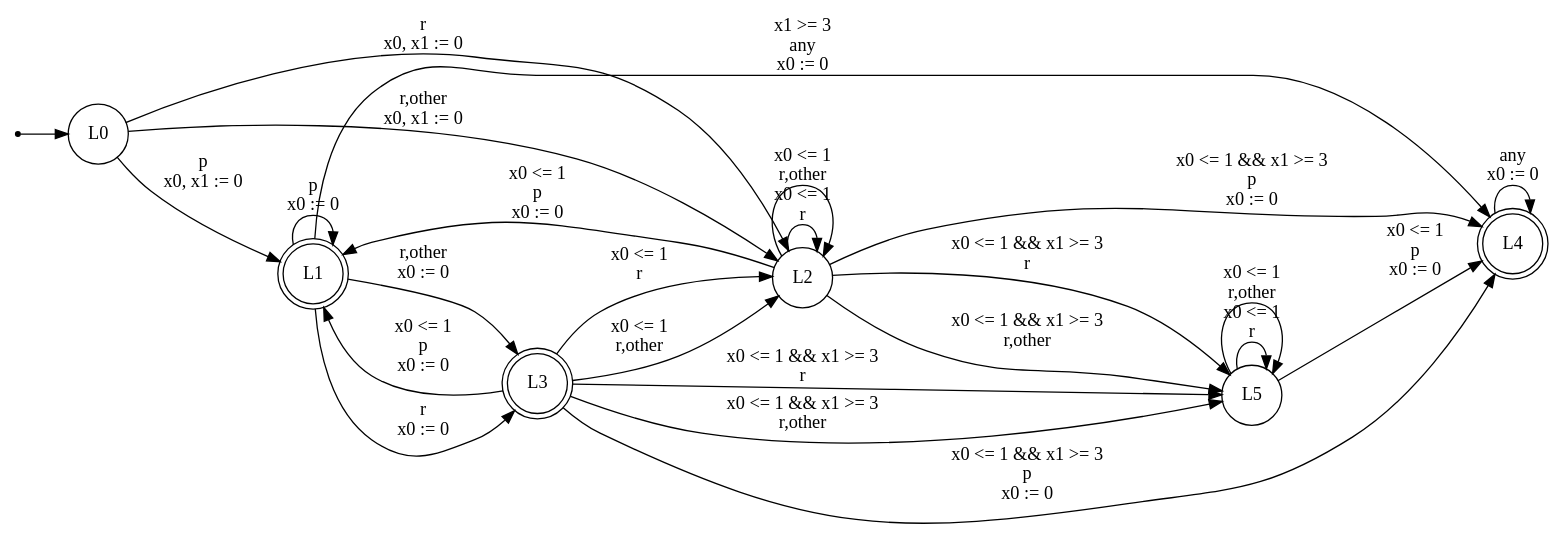
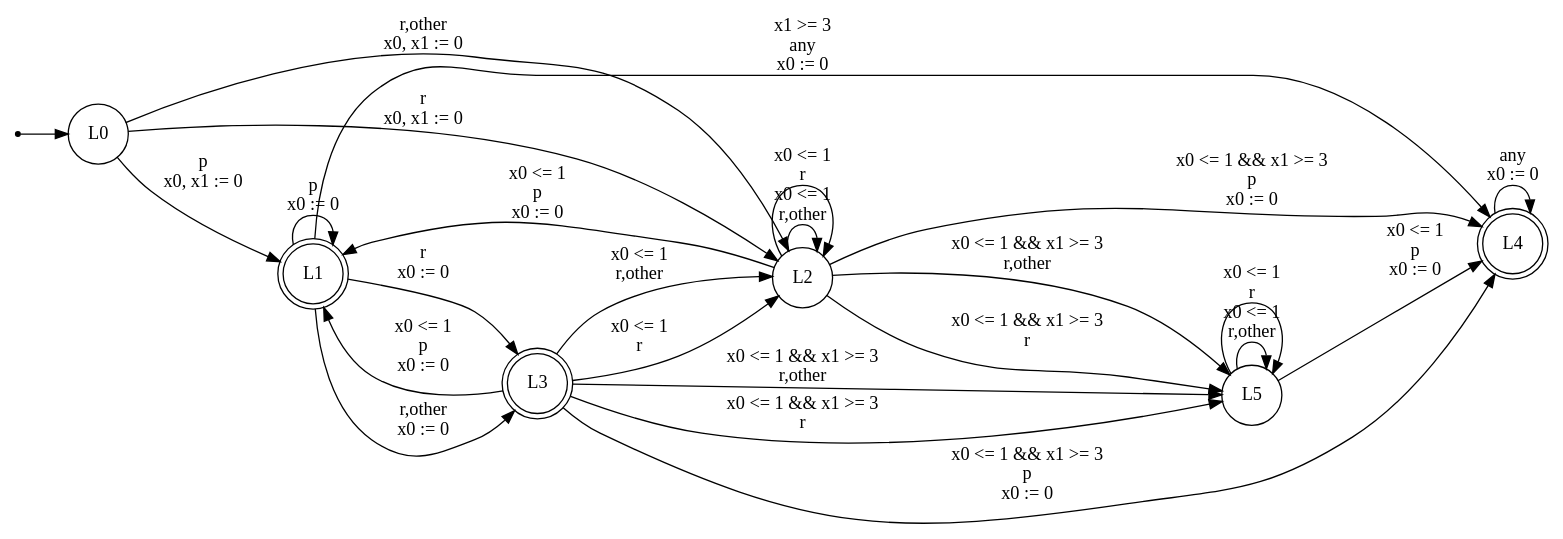
Before and after one commit to efares1/rocq-mtl-to-tba-translation: the diagram in evaluation/compile_dot_random/X3.dot, drawn with Graphviz. The commit also changed other lines of this file and 105 other files, not shown here.

```diff
--- a/evaluation/compile_dot_random/X3.dot
+++ b/evaluation/compile_dot_random/X3.dot
@@ -1,35 +1,35 @@
 digraph TBA {
   rankdir=LR;
   node [shape=circle];
   init [shape=point];
   init -> L0;
   L0 [shape=circle, label="L0"];
   L1 [shape=doublecircle, label="L1"];
   L2 [shape=circle, label="L2"];
   L3 [shape=doublecircle, label="L3"];
   L4 [shape=doublecircle, label="L4"];
   L5 [shape=circle, label="L5"];
   L0 -> L1 [label="p\nx0, x1 := 0"];
+  L0 -> L2 [label="r,other\nx0, x1 := 0"];
   L0 -> L2 [label="r\nx0, x1 := 0"];
-  L0 -> L2 [label="r,other\nx0, x1 := 0"];
   L1 -> L1 [label="p\nx0 := 0"];
+  L1 -> L3 [label="r,other\nx0 := 0"];
   L1 -> L3 [label="r\nx0 := 0"];
-  L1 -> L3 [label="r,other\nx0 := 0"];
   L1 -> L4 [label="x1 >= 3\nany\nx0 := 0"];
   L2 -> L1 [label="x0 <= 1\np\nx0 := 0"];
+  L2 -> L2 [label="x0 <= 1\nr,other"];
   L2 -> L2 [label="x0 <= 1\nr"];
-  L2 -> L2 [label="x0 <= 1\nr,other"];
   L2 -> L4 [label="x0 <= 1 && x1 >= 3\np\nx0 := 0"];
+  L2 -> L5 [label="x0 <= 1 && x1 >= 3\nr,other"];
   L2 -> L5 [label="x0 <= 1 && x1 >= 3\nr"];
-  L2 -> L5 [label="x0 <= 1 && x1 >= 3\nr,other"];
   L3 -> L1 [label="x0 <= 1\np\nx0 := 0"];
+  L3 -> L2 [label="x0 <= 1\nr,other"];
   L3 -> L2 [label="x0 <= 1\nr"];
-  L3 -> L2 [label="x0 <= 1\nr,other"];
   L3 -> L4 [label="x0 <= 1 && x1 >= 3\np\nx0 := 0"];
+  L3 -> L5 [label="x0 <= 1 && x1 >= 3\nr,other"];
   L3 -> L5 [label="x0 <= 1 && x1 >= 3\nr"];
-  L3 -> L5 [label="x0 <= 1 && x1 >= 3\nr,other"];
   L4 -> L4 [label="any\nx0 := 0"];
   L5 -> L4 [label="x0 <= 1\np\nx0 := 0"];
+  L5 -> L5 [label="x0 <= 1\nr,other"];
   L5 -> L5 [label="x0 <= 1\nr"];
-  L5 -> L5 [label="x0 <= 1\nr,other"];
 }
```
